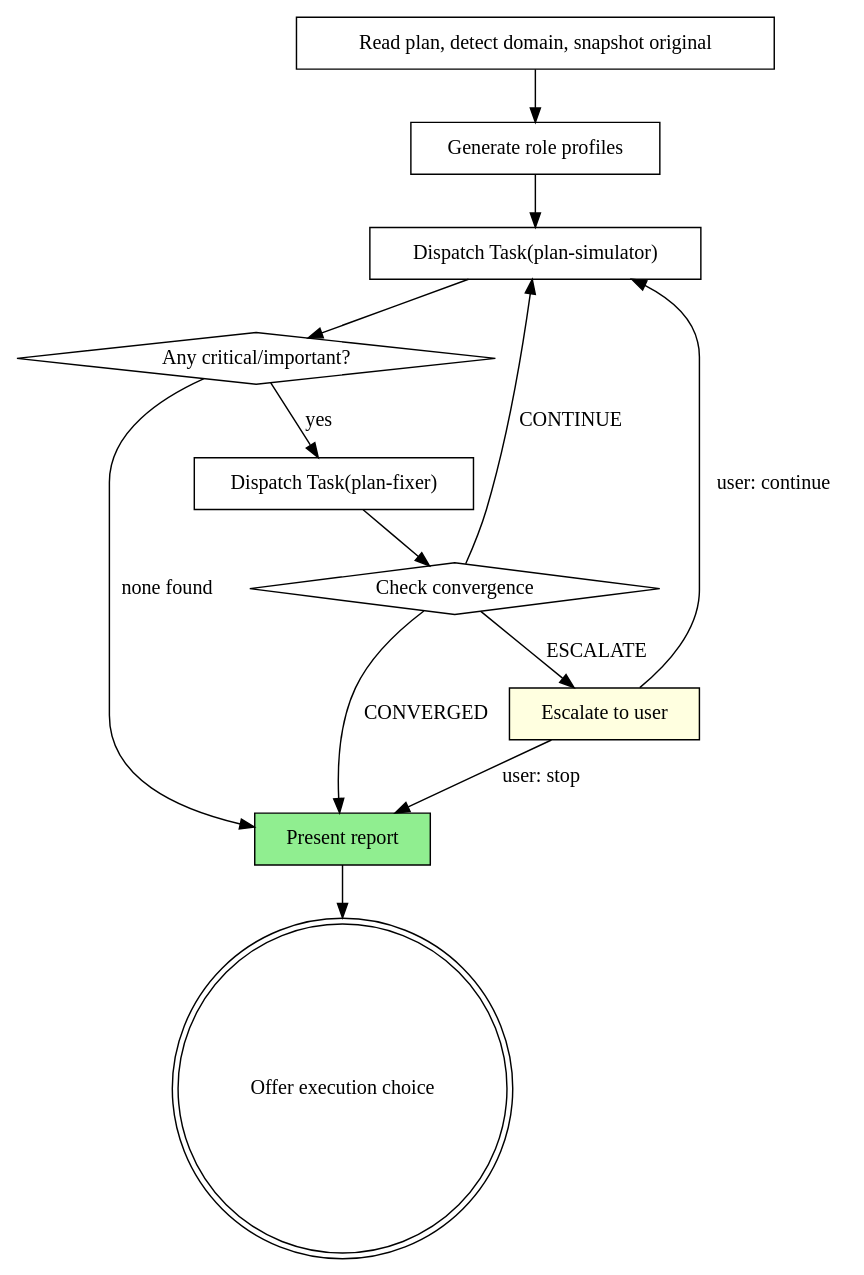
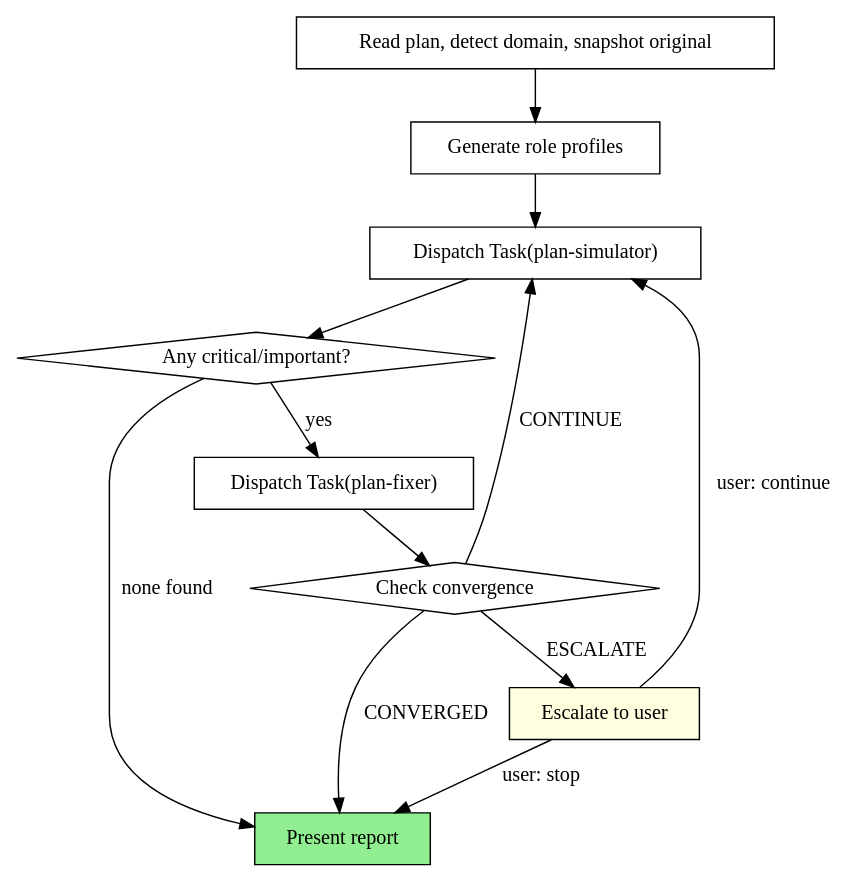
The second of 2 diagrams in skills/refining-plan/SKILL.md (obra/superpowers), drawn with Graphviz before and after one commit. The commit also changed other lines of this file and 3 other files, not shown here.

````diff
--- a/skills/refining-plan/SKILL.md
+++ b/skills/refining-plan/SKILL.md
@@ -54,28 +35,26 @@
 ```dot
 digraph refine_plan {
     rankdir=TB;
 
     "Read plan, detect domain, snapshot original" [shape=box];
     "Generate role profiles" [shape=box];
     "Dispatch Task(plan-simulator)" [shape=box];
     "Any critical/important?" [shape=diamond];
     "Dispatch Task(plan-fixer)" [shape=box];
     "Check convergence" [shape=diamond];
     "Present report" [shape=box style=filled fillcolor=lightgreen];
     "Escalate to user" [shape=box style=filled fillcolor=lightyellow];
-    "Offer execution choice" [shape=doublecircle];
 
     "Read plan, detect domain, snapshot original" -> "Generate role profiles";
     "Generate role profiles" -> "Dispatch Task(plan-simulator)";
     "Dispatch Task(plan-simulator)" -> "Any critical/important?";
     "Any critical/important?" -> "Present report" [label="none found"];
     "Any critical/important?" -> "Dispatch Task(plan-fixer)" [label="yes"];
     "Dispatch Task(plan-fixer)" -> "Check convergence";
     "Check convergence" -> "Dispatch Task(plan-simulator)" [label="CONTINUE"];
     "Check convergence" -> "Present report" [label="CONVERGED"];
     "Check convergence" -> "Escalate to user" [label="ESCALATE"];
     "Escalate to user" -> "Dispatch Task(plan-simulator)" [label="user: continue"];
     "Escalate to user" -> "Present report" [label="user: stop"];
-    "Present report" -> "Offer execution choice";
 }
 ```
````
